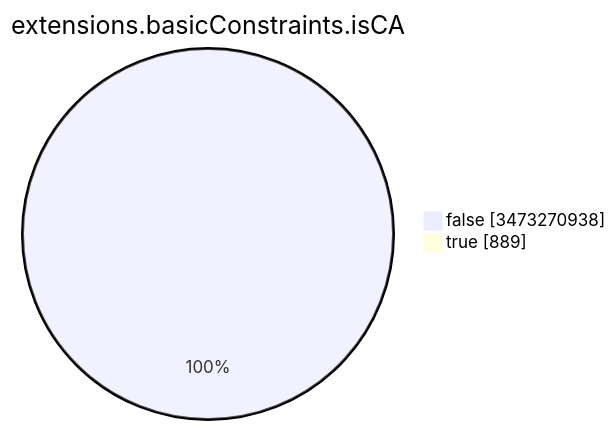
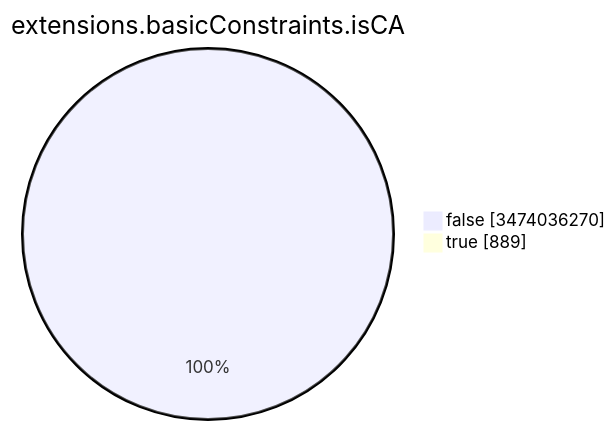
The seventh of 15 diagrams in TOTAL/README.md (christiankrug/ctmonitor_visualization), drawn with Mermaid before and after one commit. The commit also changed other lines of this file, not shown here.

````diff
--- a/TOTAL/README.md
+++ b/TOTAL/README.md
@@ -3093,6 +3093,6 @@
 ```mermaid
 pie showData
 title extensions.basicConstraints.isCA
-"false" :3473270938
+"false" :3474036270
 "true" :889
 ```
````
